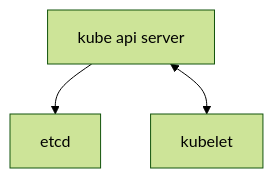
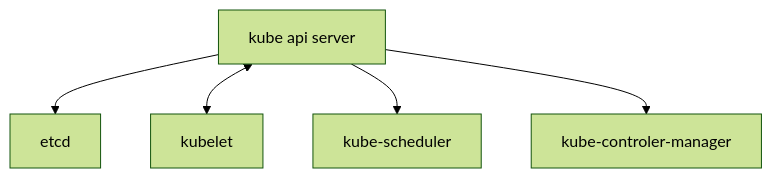
Before and after one commit to DanyAAD90/k8s_understanding: the first of 8 diagrams in README.md, drawn with Mermaid (forest theme). The commit also changed other lines of this file, not shown here.

````diff
--- a/README.md
+++ b/README.md
@@ -4,5 +4,7 @@
 ```mermaid
 flowchart TD
 A[kube api server] --> B[etcd]
 A <--> C[kubelet]
+A --> H[kube-scheduler]
+A --> P[kube-controler-manager]
 ```
````
